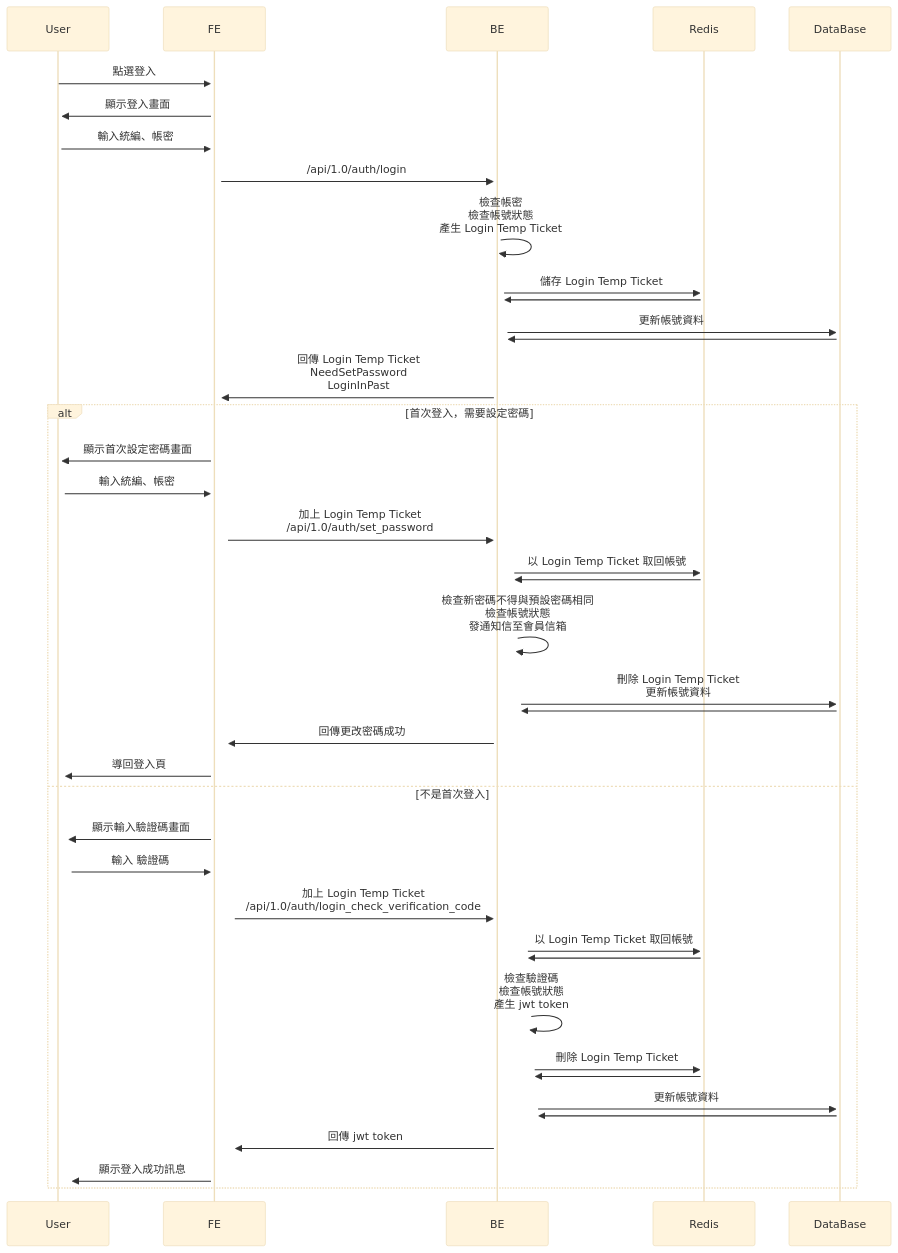
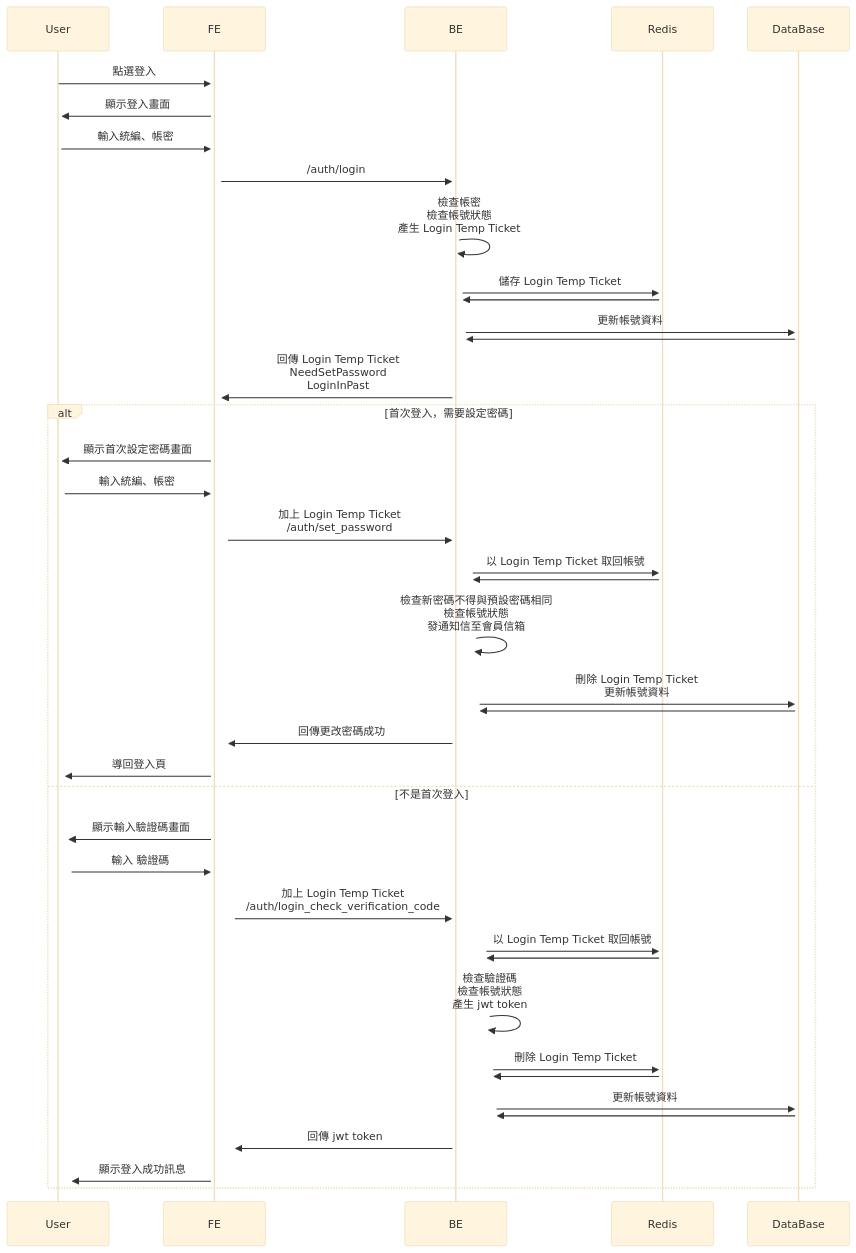
The first of 6 diagrams in System_Design/login.md (thunderstormwang/CodingNote), drawn with Mermaid (base theme) before and after one commit. The commit also changed other lines of this file and 1 other file, not shown here.

Commit message:
modify notes

````diff
--- a/System_Design/login.md
+++ b/System_Design/login.md
@@ -7,45 +7,45 @@
 ```mermaid
 sequenceDiagram
 participant User
 participant FE
 participant BE
 participant Redis
 participant DataBase
 
 User ->>+ FE: 點選登入
 FE ->>+ User: 顯示登入畫面
 User ->>+ FE: 輸入統編、帳密
-FE ->>+ BE: /api/1.0/auth/login
+FE ->>+ BE: /auth/login
 BE ->>+ BE: 檢查帳密<br/>檢查帳號狀態<br/>產生 Login Temp Ticket
 BE ->>+ Redis: 儲存 Login Temp Ticket
 Redis ->>+ BE: 
 BE ->>+ DataBase: 更新帳號資料
 DataBase ->>+ BE: 
 BE ->>+ FE: 回傳 Login Temp Ticket<br/>NeedSetPassword<br/>LoginInPast
 
 alt 首次登入，需要設定密碼
   FE ->>+ User: 顯示首次設定密碼畫面
   User ->>+ FE: 輸入統編、帳密
-  FE ->>+ BE: 加上 Login Temp Ticket<br/>/api/1.0/auth/set_password
+  FE ->>+ BE: 加上 Login Temp Ticket<br/>/auth/set_password
   BE ->>+ Redis: 以 Login Temp Ticket 取回帳號
   Redis ->>+ BE: 
   BE ->>+ BE: 檢查新密碼不得與預設密碼相同<br/>檢查帳號狀態<br/>發通知信至會員信箱
   BE ->>+ DataBase: 刪除 Login Temp Ticket<br/>更新帳號資料
   DataBase ->>+ BE: 
   BE ->>+ FE: 回傳更改密碼成功
   FE ->>+ User: 導回登入頁
 else 不是首次登入
   FE ->>+ User: 顯示輸入驗證碼畫面
   User ->>+ FE: 輸入 驗證碼
-  FE ->>+ BE: 加上  Login Temp Ticket<br/>/api/1.0/auth/login_check_verification_code
+  FE ->>+ BE: 加上  Login Temp Ticket<br/>/auth/login_check_verification_code
   BE ->>+ Redis: 以 Login Temp Ticket 取回帳號
   Redis ->>+ BE: 
   BE ->>+ BE: 檢查驗證碼<br/>檢查帳號狀態<br/>產生 jwt token
   BE ->>+ Redis: 刪除 Login Temp Ticket
   Redis ->>+ BE: 
   BE ->>+ DataBase: 更新帳號資料
   DataBase ->>+ BE: 
   BE ->>+ FE: 回傳 jwt token
   FE ->>+ User: 顯示登入成功訊息
 end
 ```
````
